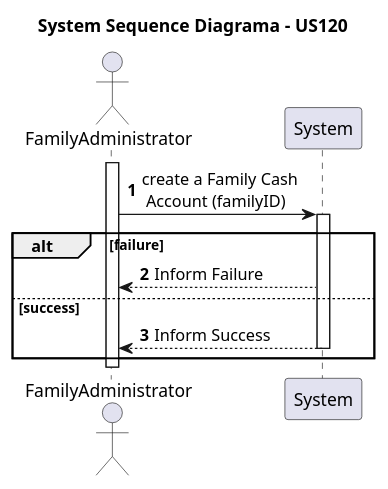
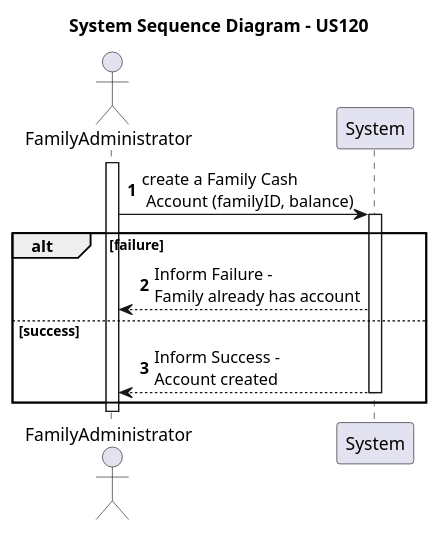
Before and after one commit to tomas-osswald/switch_2020_g3: the first of 5 diagrams in docs/US120_CreateFamilyCashAccount.md, drawn with PlantUML. The commit also changed other lines of this file, not shown here.

Commit message:
Update in US120_CreateFamilyCashAccount.md

````diff
--- a/docs/US120_CreateFamilyCashAccount.md
+++ b/docs/US120_CreateFamilyCashAccount.md
@@ -21,22 +23,22 @@
 ```puml
 autonumber 1
-title System Sequence Diagrama - US120
+title System Sequence Diagram - US120
 actor "FamilyAdministrator" as familyAdmin
 participant "System" as System
 
 
 activate familyAdmin
-familyAdmin -> System: create a Family Cash \n Account (familyID)
+familyAdmin -> System: create a Family Cash \n Account (familyID, balance)
 activate System
 
 alt failure
-System --> familyAdmin: Inform Failure
+System --> familyAdmin: Inform Failure - \nFamily already has account
 
 else success
 
-System --> familyAdmin: Inform Success
+System --> familyAdmin: Inform Success - \nAccount created
 deactivate System
 end
 
 deactivate familyAdmin
 ```
````
